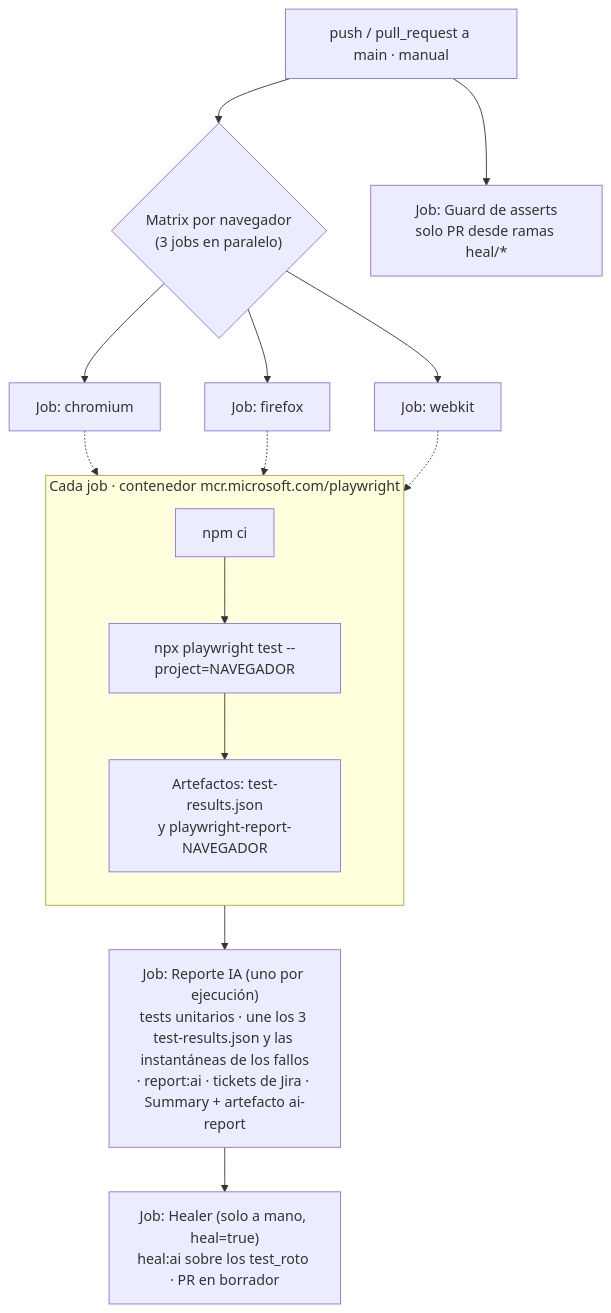
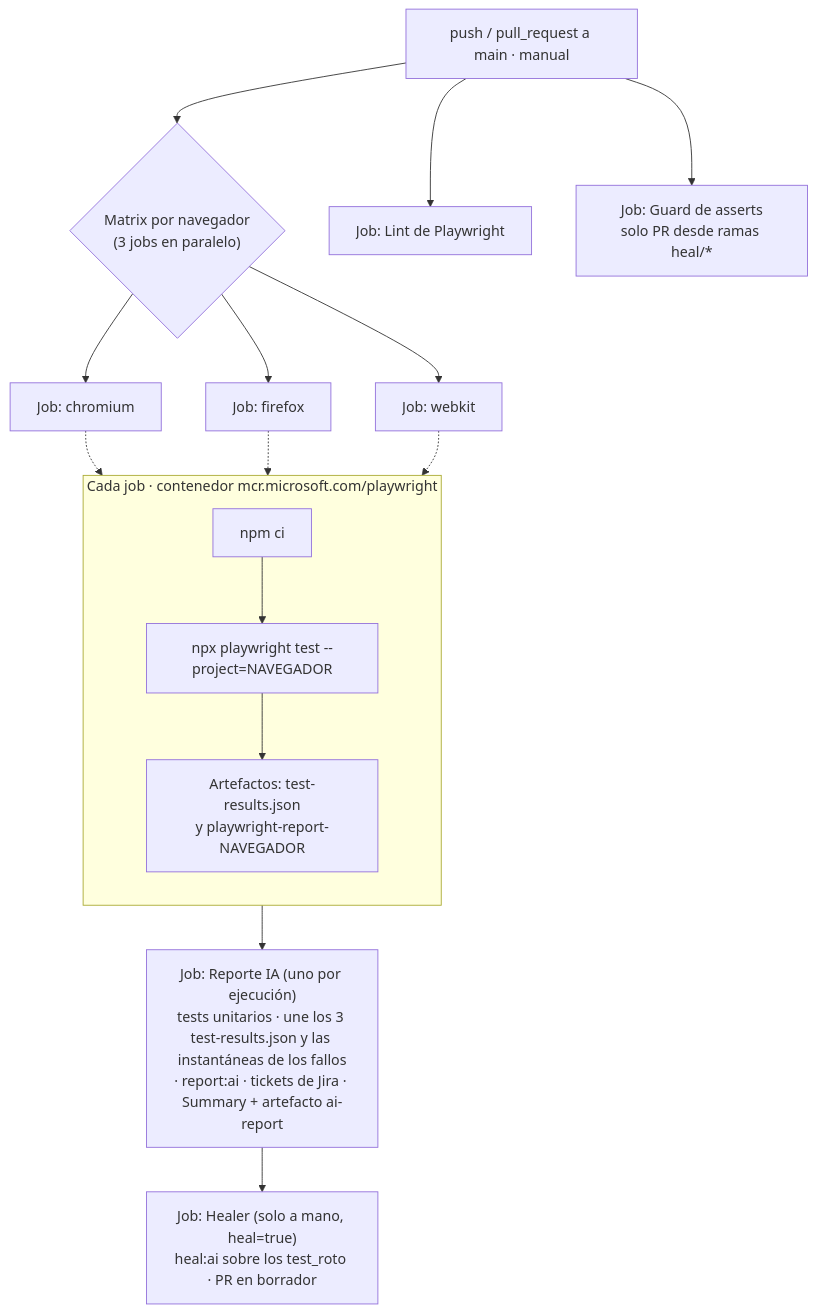
Before and after one commit to StoneFly365/playwright-demo-ia-mcp: the second of 3 diagrams in README.md, drawn with Mermaid. The commit also changed other lines of this file and 41 other files, not shown here.

````diff
--- a/README.md
+++ b/README.md
@@ -343,22 +343,23 @@
 ```mermaid
 flowchart TD
     T["push / pull_request a main · manual"] --> M{"Matrix por navegador<br/>(3 jobs en paralelo)"}
 
     M --> C["Job: chromium"]
     M --> F["Job: firefox"]
     M --> W["Job: webkit"]
 
     subgraph JOB ["Cada job · contenedor mcr.microsoft.com/playwright"]
         direction TB
         S1["npm ci"] --> S2["npx playwright test --project=NAVEGADOR"]
         S2 --> S3["Artefactos: test-results.json<br/>y playwright-report-NAVEGADOR"]
     end
 
     C -.-> JOB
     F -.-> JOB
     W -.-> JOB
 
     JOB --> R["Job: Reporte IA (uno por ejecución)<br/>tests unitarios · une los 3 test-results.json y las instantáneas de los fallos<br/>· report:ai · tickets de Jira · Summary + artefacto ai-report"]
     R --> HL["Job: Healer (solo a mano, heal=true)<br/>heal:ai sobre los test_roto · PR en borrador"]
+    T --> LI["Job: Lint de Playwright"]
     T --> GU["Job: Guard de asserts<br/>solo PR desde ramas heal/*"]
 ```
````
